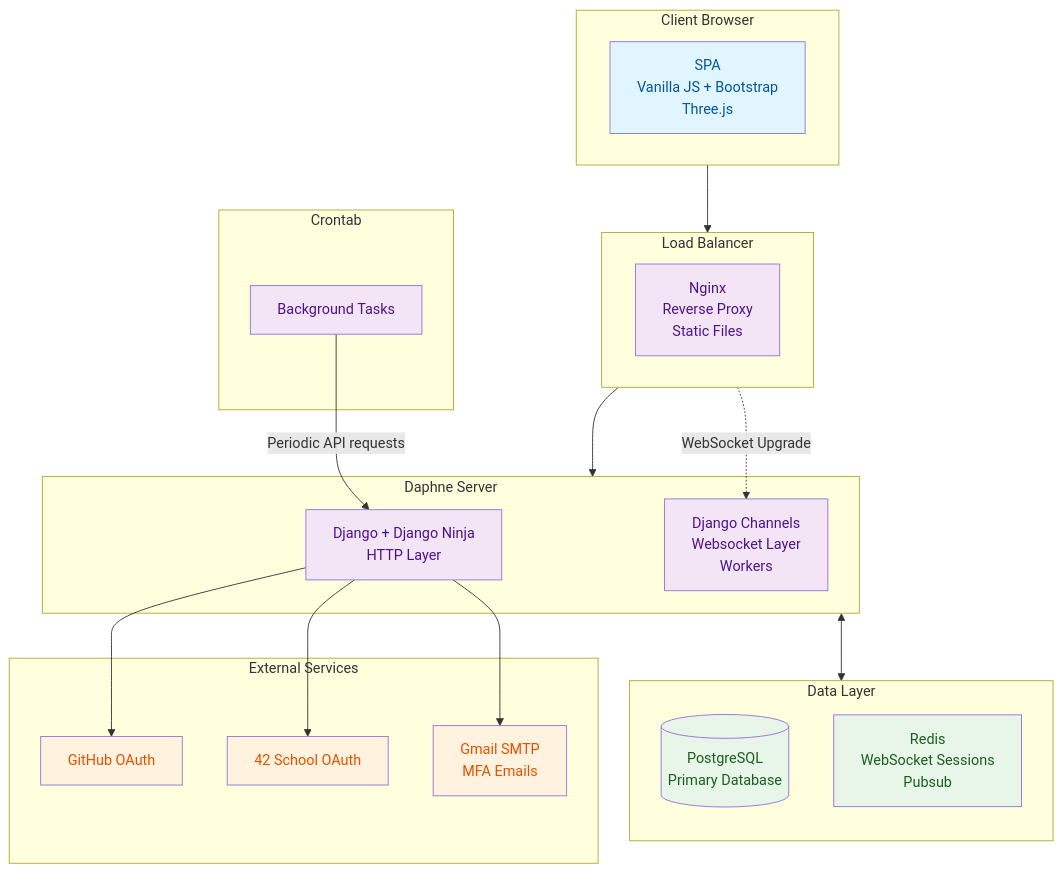
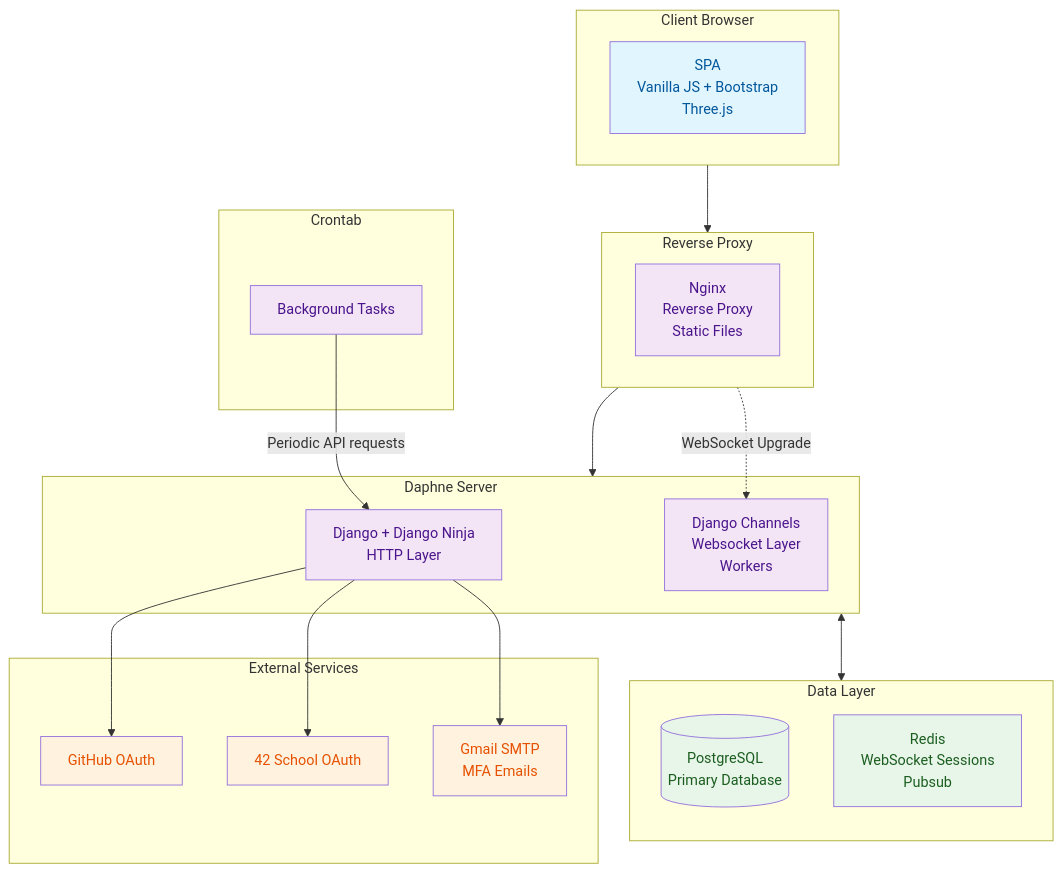
The diagram in README.md (ysengoku/42-ft_transcendence), drawn with Mermaid before and after one commit. The commit also changed other lines of this file and 2 other files, not shown here.

````diff
--- a/README.md
+++ b/README.md
@@ -153,60 +154,60 @@
 ```mermaid
 graph TB
     subgraph CLIENT["Client Browser"]
         CLIENT_CONTENT[SPA<br/>Vanilla JS + Bootstrap<br/>Three.js]
     end
 
-    subgraph NGINX["Load Balancer"]
+    subgraph NGINX["Reverse Proxy"]
         NGINX_CONTENT[Nginx<br/>Reverse Proxy<br/>Static Files]
     end
 
     subgraph DAPHNE["Daphne Server"]
         DJANGO_API[Django + Django Ninja<br/>HTTP Layer]
         DJANGO_CHANNELS[Django Channels<br/>Websocket Layer</br>Workers]
     end
 
     subgraph CRON["Crontab"]
         BACKGROUND_TASKS["Background Tasks"]
     end
 
     subgraph DATA_LAYER[Data Layer]
         direction TB
         POSTGRES[(PostgreSQL<br/>Primary Database)]
         REDIS[Redis<br/>WebSocket Sessions<br/>Pubsub]
     end
 
     subgraph "External Services"
         GITHUB[GitHub OAuth]
         FORTYTWO[42 School OAuth]
         GMAIL[Gmail SMTP<br/>MFA Emails]
     end
 
     %% Client connections
     CLIENT --> NGINX
 
     %% Load balancer routing
     NGINX --> DAPHNE
     NGINX -.->|WebSocket Upgrade| DJANGO_CHANNELS
 
     BACKGROUND_TASKS --Periodic API requests--> DJANGO_API
 
     %% Daphne server
     DAPHNE <--> DATA_LAYER
 
     %% External integrations
     DJANGO_API --> GITHUB
     DJANGO_API --> FORTYTWO
     DJANGO_API --> GMAIL
 
     %% Styling
     classDef frontend fill:#e1f5fe,color:#01579b
     classDef backend fill:#f3e5f5,color:#4a148c
     classDef database fill:#e8f5e9,color:#1b5e20
     classDef logs fill:#fce4ec,color:#880e4f
     classDef external fill:#fff3e0,color:#e65100
 
     class CLIENT_CONTENT,WS_CLIENT frontend
     class NGINX_CONTENT,DJANGO_API,DJANGO_CHANNELS,BACKGROUND_TASKS backend
     class POSTGRES,REDIS database
     class GITHUB,FORTYTWO,GMAIL external
 ```
````
